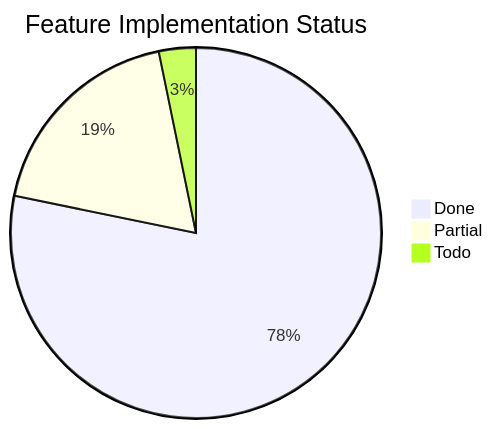
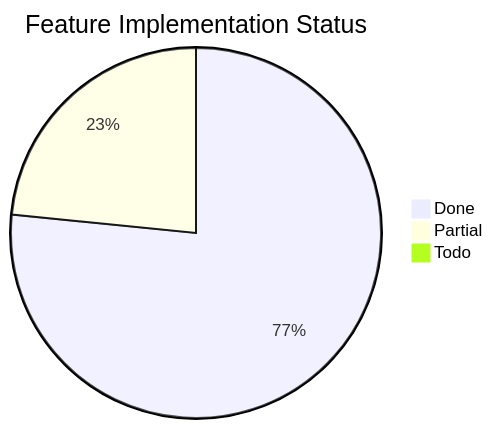
One commit to Papyrine/Morph changed the third of 3 diagrams in docs/word-features.md. Above: the diagram before and after it, drawn with Mermaid. The commit also changed other lines of this file and 3 other files, not shown here.

````diff
--- a/docs/word-features.md
+++ b/docs/word-features.md
@@ -1950,6 +1966,6 @@
 ```mermaid
 pie title Feature Implementation Status
-    "Done" : 97
-    "Partial" : 23
-    "Todo" : 4
+    "Done" : 108
+    "Partial" : 33
+    "Todo" : 0
 ```
````
